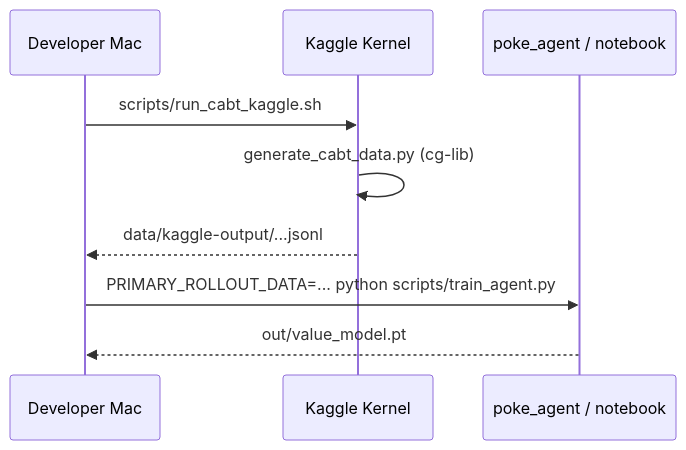
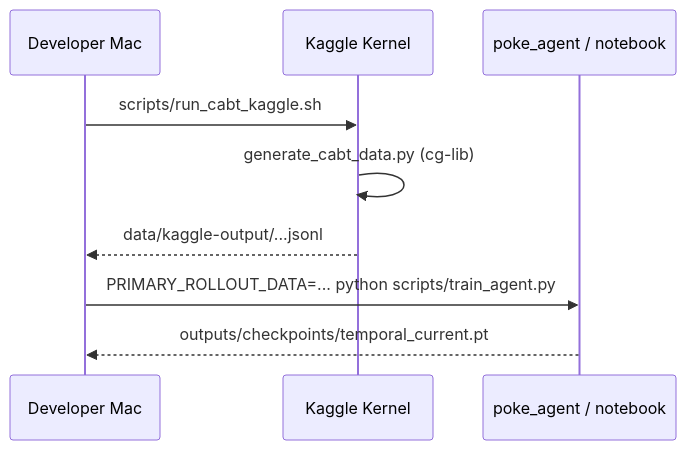
Before and after one commit to tim-inzitari/poke-bot-agent: the second of 8 diagrams in docs/ARCHITECTURE.md, drawn with Mermaid. The commit also changed other lines of this file and 26 other files, not shown here.

````diff
--- a/docs/ARCHITECTURE.md
+++ b/docs/ARCHITECTURE.md
@@ -105,12 +105,12 @@
 ```mermaid
 sequenceDiagram
     participant Dev as Developer Mac
     participant Kaggle as Kaggle Kernel
     participant Local as poke_agent / notebook
 
     Dev->>Kaggle: scripts/run_cabt_kaggle.sh
     Kaggle->>Kaggle: generate_cabt_data.py (cg-lib)
     Kaggle-->>Dev: data/kaggle-output/...jsonl
     Dev->>Local: PRIMARY_ROLLOUT_DATA=... python scripts/train_agent.py
-    Local-->>Dev: out/value_model.pt
+    Local-->>Dev: outputs/checkpoints/temporal_current.pt
 ```
````
